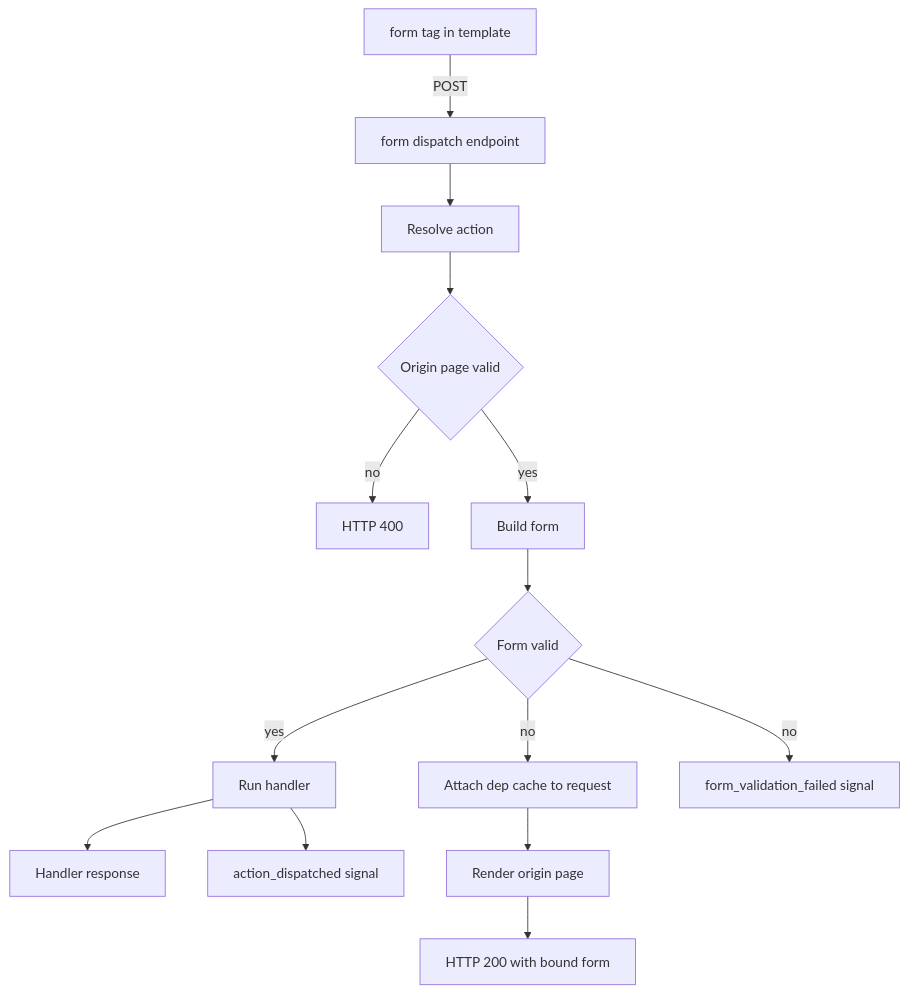
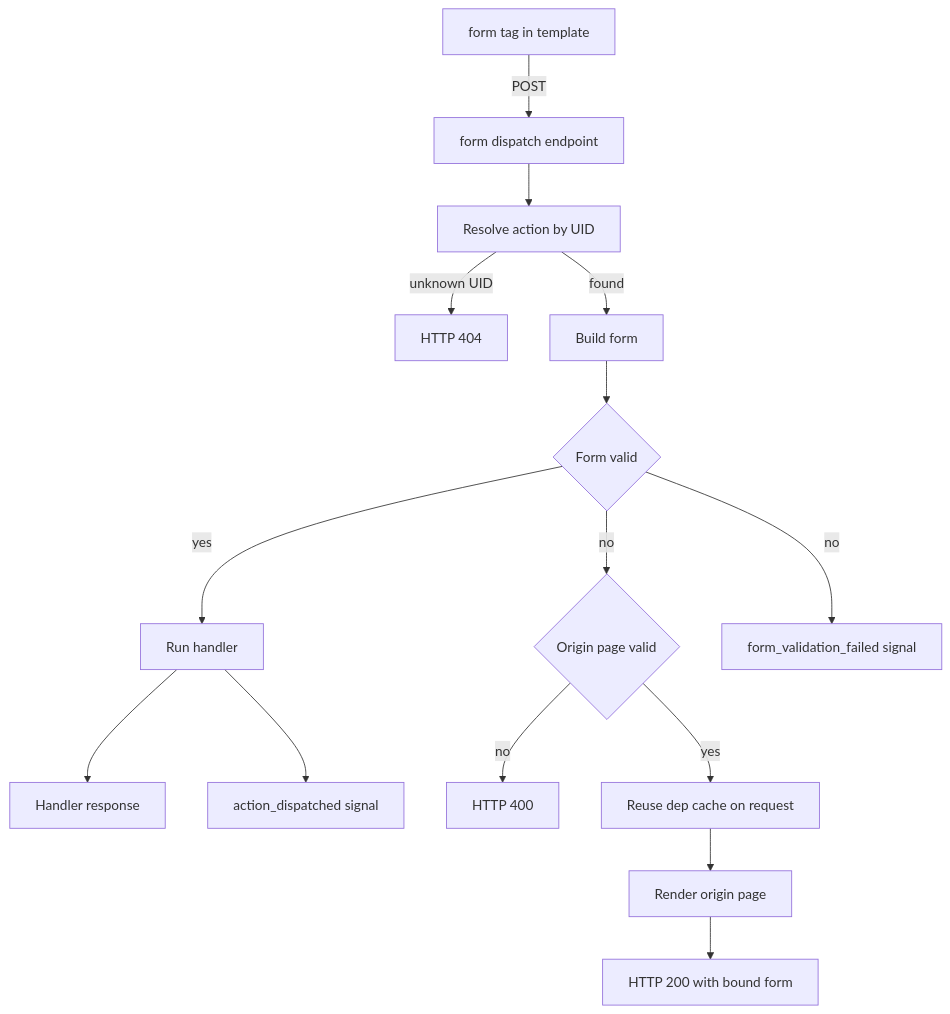
Before and after one commit to next-dj/next-dj: the diagram in docs/content/internals/action-dispatch.rst, drawn with Mermaid. The commit also changed other lines of this file and 64 other files, not shown here.

```diff
--- a/docs/content/internals/action-dispatch.rst
+++ b/docs/content/internals/action-dispatch.rst
@@ -22,16 +22,17 @@
 .. mermaid::
 
    flowchart TB
        Template["form tag in template"] -- POST --> Endpoint["form dispatch endpoint"]
-       Endpoint --> Lookup["Resolve action"]
-       Lookup --> Origin{"Origin page valid"}
-       Origin -- no --> BadRequest["HTTP 400"]
-       Origin -- yes --> Build["Build form"]
+       Endpoint --> Lookup["Resolve action by UID"]
+       Lookup -- unknown UID --> NotFound["HTTP 404"]
+       Lookup -- found --> Build["Build form"]
        Build --> Validate{"Form valid"}
        Validate -- yes --> Handler["Run handler"]
        Handler --> Response["Handler response"]
-       Validate -- no --> ShareCache["Attach dep cache to request"]
+       Handler --> ActionDispatched["action_dispatched signal"]
+       Validate -- no --> Origin{"Origin page valid"}
+       Origin -- no --> BadRequest["HTTP 400"]
+       Origin -- yes --> ShareCache["Reuse dep cache on request"]
        ShareCache --> RenderOrigin["Render origin page"]
        RenderOrigin --> RerenderHTML["HTTP 200 with bound form"]
-       Handler --> ActionDispatched["action_dispatched signal"]
        Validate -- no --> FormFailed["form_validation_failed signal"]
```
